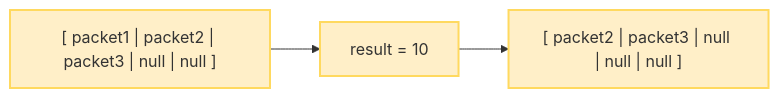
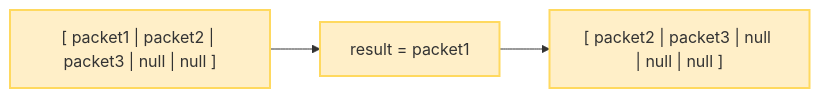
The diagram in effective-java/section2/7.다쓴객체참조를해제하라.md (AIBE-STUDY/EFFECTIVE-JAVA), drawn with Mermaid before and after one commit.

Commit message:
Study summary from Effective Java, Item 7

````diff
--- a/effective-java/section2/7.다쓴객체참조를해제하라.md
+++ b/effective-java/section2/7.다쓴객체참조를해제하라.md
@@ -94,9 +94,9 @@
 ```mermaid
 flowchart LR
-    A["[ packet1 | packet2 | packet3 | null | null ]"] --> B["result = 10"]
+    A["[ packet1 | packet2 | packet3 | null | null ]"] --> B["result = packet1"]
     B --> C["[ packet2 | packet3 | null | null | null ]"]
 
     style A fill:#FFEFC8,stroke:#FFD95F,stroke-width:2px
     style B fill:#FFEFC8,stroke:#FFD95F,stroke-width:2px
     style C fill:#FFEFC8,stroke:#FFD95F,stroke-width:2px
 ```
````
